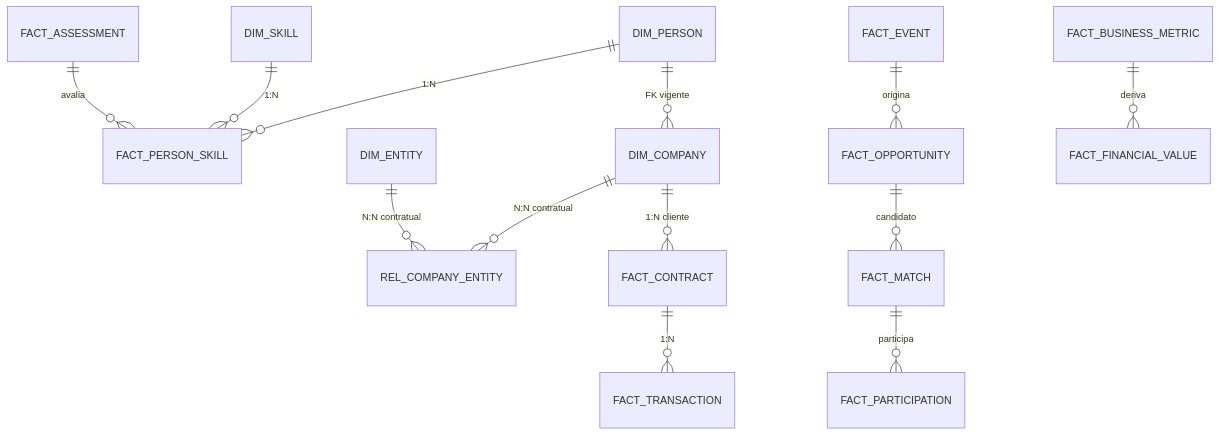
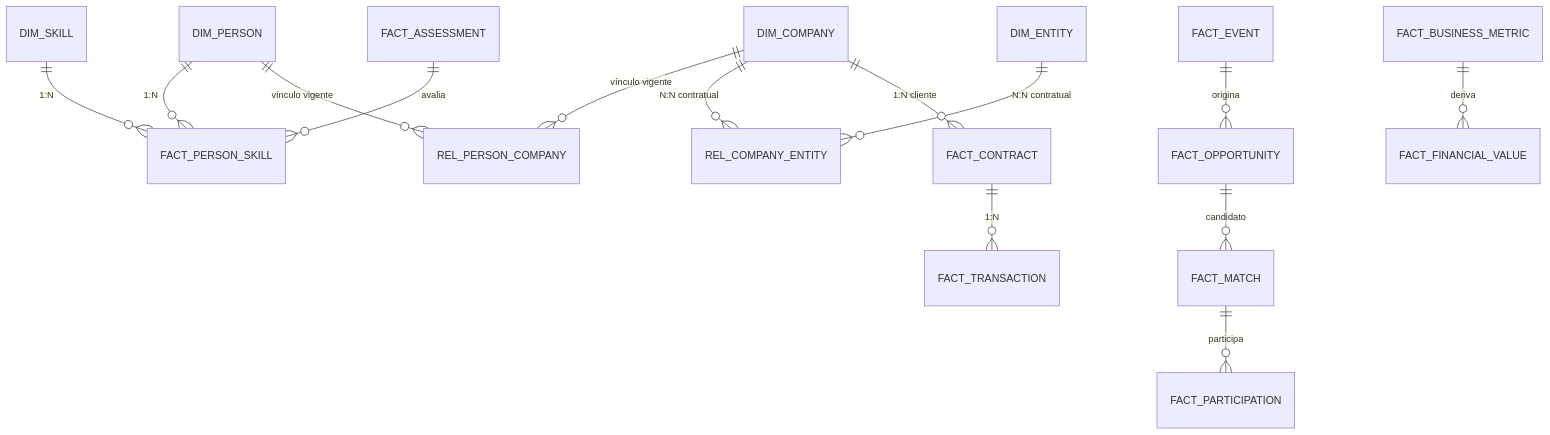
One commit to pratofeitoo/the-new-hub-proj-dev-2 changed the diagram in 01-work/dados-tech-financas/refinamento-modelo-dados/dicionario-fisico-mapping-P03-T04-v1.md. Above: the diagram before and after it, drawn with Mermaid. The commit also changed other lines of this file and 47 other files, not shown here.

````diff
--- a/01-work/dados-tech-financas/refinamento-modelo-dados/dicionario-fisico-mapping-P03-T04-v1.md
+++ b/01-work/dados-tech-financas/refinamento-modelo-dados/dicionario-fisico-mapping-P03-T04-v1.md
@@ -127,15 +130,16 @@
 ```mermaid
 erDiagram
     DIM_PERSON ||--o{ FACT_PERSON_SKILL : "1:N"
     DIM_SKILL ||--o{ FACT_PERSON_SKILL : "1:N"
-    DIM_PERSON ||--o{ DIM_COMPANY : "FK vigente"
+    DIM_PERSON ||--o{ REL_PERSON_COMPANY : "vínculo vigente"
+    DIM_COMPANY ||--o{ REL_PERSON_COMPANY : "vínculo vigente"
     DIM_COMPANY ||--o{ REL_COMPANY_ENTITY : "N:N contratual"
     DIM_ENTITY ||--o{ REL_COMPANY_ENTITY : "N:N contratual"
     DIM_COMPANY ||--o{ FACT_CONTRACT : "1:N cliente"
     FACT_ASSESSMENT ||--o{ FACT_PERSON_SKILL : "avalia"
     FACT_EVENT ||--o{ FACT_OPPORTUNITY : "origina"
     FACT_OPPORTUNITY ||--o{ FACT_MATCH : "candidato"
     FACT_MATCH ||--o{ FACT_PARTICIPATION : "participa"
     FACT_CONTRACT ||--o{ FACT_TRANSACTION : "1:N"
     FACT_BUSINESS_METRIC ||--o{ FACT_FINANCIAL_VALUE : "deriva"
 ```
````
